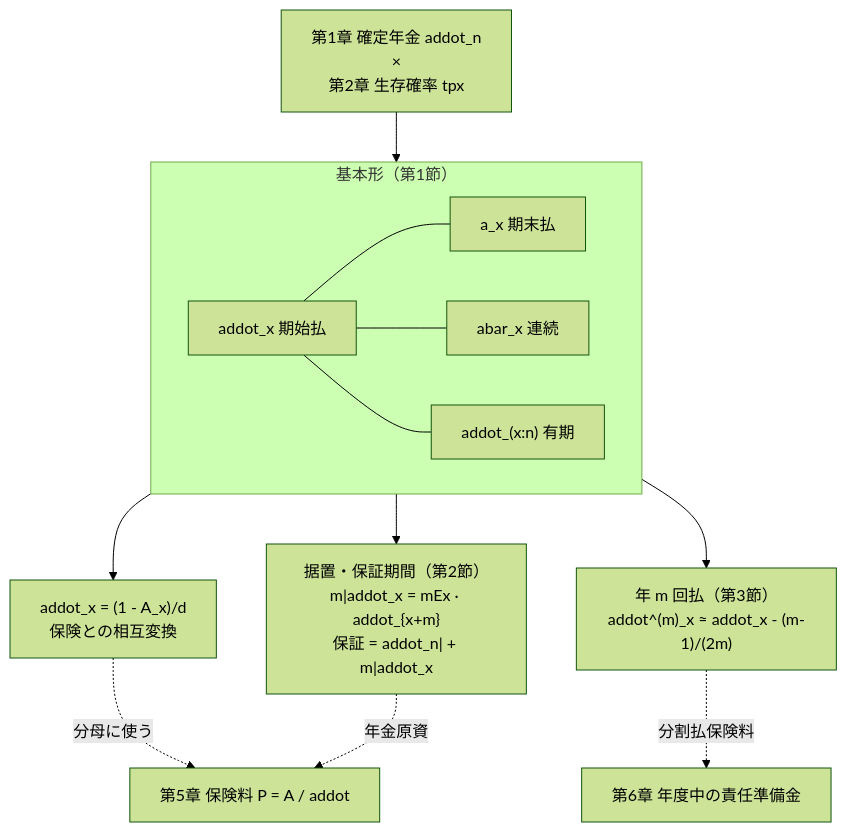
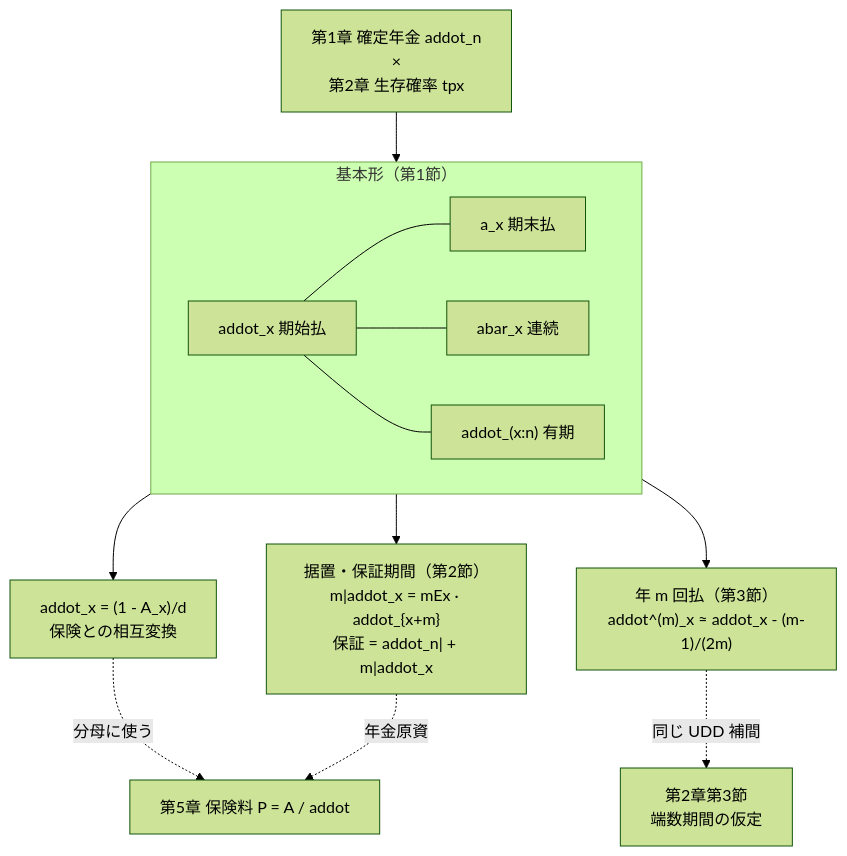
The first of 7 diagrams in docs/02_本文/第04章_生命年金.md (nrok691/seiho), drawn with Mermaid (forest theme) before and after one commit. The commit also changed other lines of this file and 4 other files, not shown here.

````diff
--- a/docs/02_本文/第04章_生命年金.md
+++ b/docs/02_本文/第04章_生命年金.md
@@ -9,22 +9,22 @@
 ```mermaid
 flowchart TD
     START["第1章 確定年金 addot_n<br/>×<br/>第2章 生存確率 tpx"] --> B1
 
     subgraph B1["基本形（第1節）"]
         AD["addot_x 期始払"]
         AI["a_x 期末払"]
         AB["abar_x 連続"]
         AN["addot_(x:n) 有期"]
         AD --- AI
         AD --- AB
         AD --- AN
     end
 
     B1 --> REL["addot_x = (1 - A_x)/d<br/>保険との相互変換"]
     B1 --> DEF["据置・保証期間（第2節）<br/>m|addot_x = mEx · addot_{x+m}<br/>保証 = addot_n| + m|addot_x"]
     B1 --> MTH["年 m 回払（第3節）<br/>addot^(m)_x ≈ addot_x - (m-1)/(2m)"]
 
     REL -.->|"分母に使う"| C5["第5章 保険料 P = A / addot"]
     DEF -.->|"年金原資"| C5
-    MTH -.->|"分割払保険料"| C6["第6章 年度中の責任準備金"]
+    MTH -.->|"同じ UDD 補間"| C6["第2章第3節<br/>端数期間の仮定"]
 ```
````
